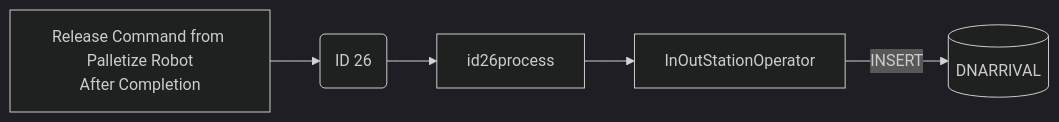
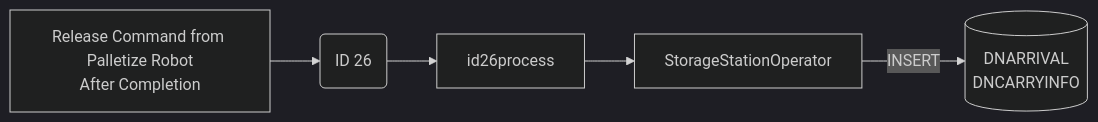
Before and after one commit to luthfiadityaa/SimeDarby-Wiki: the second of 23 diagrams in Basic-Design/DFD-WMS/Storage/Palletizing-Settting/Palletize-Start.md, drawn with Mermaid (dark theme). The commit also changed other lines of this file, not shown here.

Commit message:
Updated Palletize Start

```diff
--- a/Basic-Design/DFD-WMS/Storage/Palletizing-Settting/Palletize-Start.md
+++ b/Basic-Design/DFD-WMS/Storage/Palletizing-Settting/Palletize-Start.md
@@ -244,21 +244,22 @@
 ::: mermaid
 flowchart LR
 
 releaseCommand["
 Release Command from Palletize Robot
 After Completion 
 "]
 
 id26msg("
 ID 26
 ")
 
 id26-insert[("
 DNARRIVAL
+DNCARRYINFO
 ")]
 
-inoutstationoperator[InOutStationOperator]
+inoutstationoperator[StorageStationOperator]
 
 releaseCommand-->id26msg-->id26process-->inoutstationoperator
 inoutstationoperator--> |INSERT| id26-insert
 :::
```
